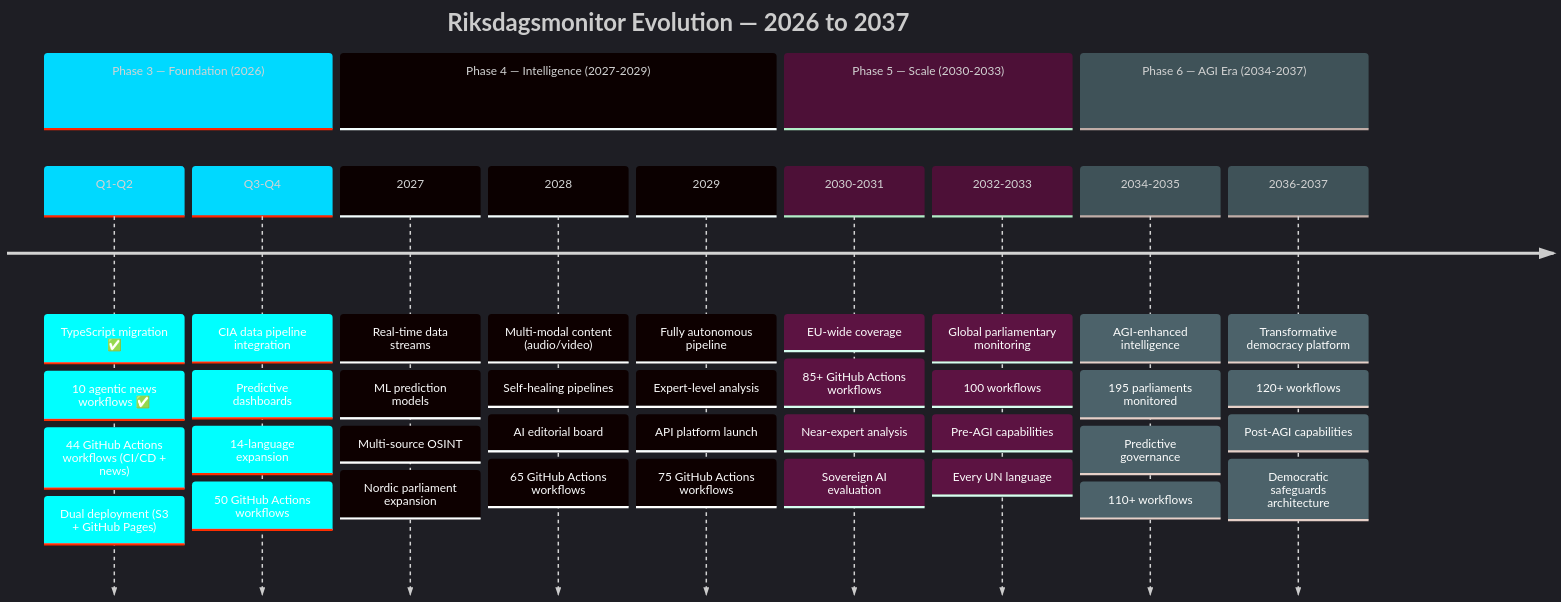
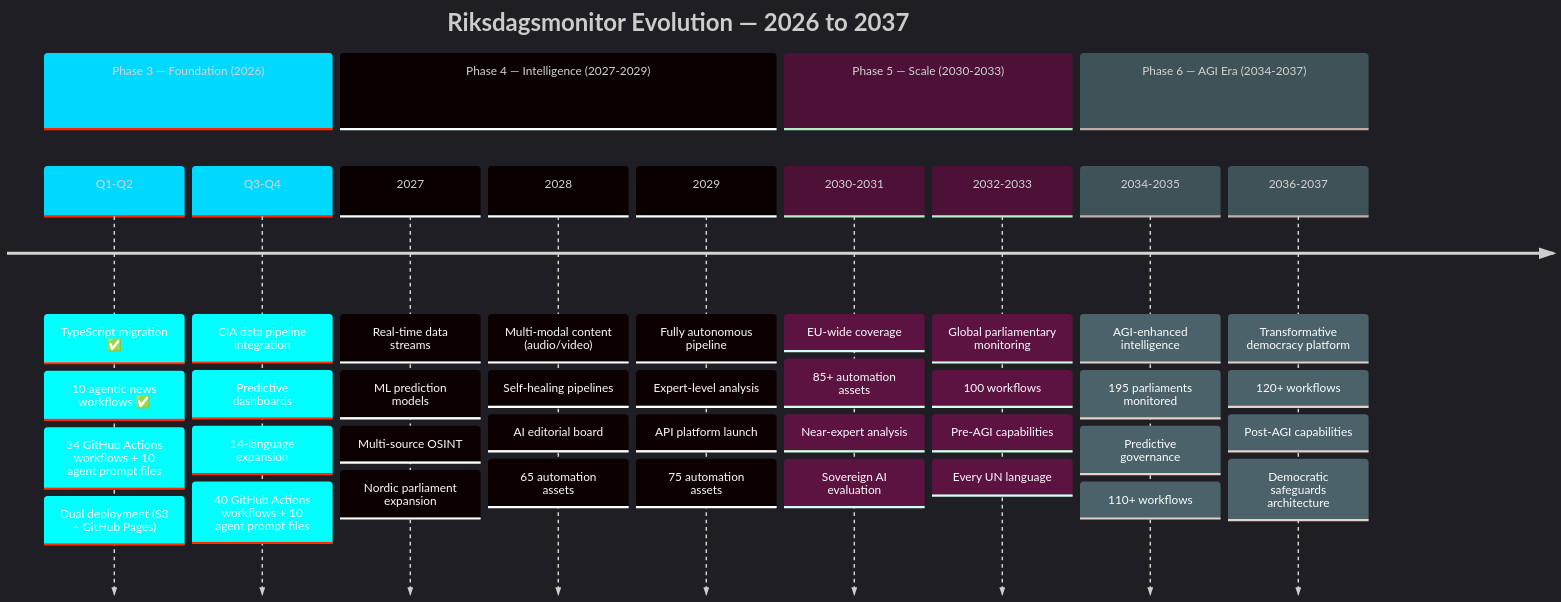
One commit to Hack23/riksdagsmonitor changed the first of 6 diagrams in README.md. Above: the diagram before and after it, drawn with Mermaid. The commit also changed other lines of this file, not shown here.

Commit message:
Fix Realtime Monitor time formatting, clarify workflow counts as automation assets (34 yml + 10 md)

````diff
--- a/README.md
+++ b/README.md
@@ -712,45 +712,45 @@
 ```mermaid
 %%{init: {'theme': 'dark', 'themeVariables': {'primaryColor': '#00d9ff', 'primaryTextColor': '#e0e0e0', 'primaryBorderColor': '#ff006e', 'lineColor': '#ffbe0b', 'secondaryColor': '#1a1e3d', 'tertiaryColor': '#0a0e27', 'background': '#0a0e27'}}}%%
 timeline
     title Riksdagsmonitor Evolution — 2026 to 2037
     section Phase 3 — Foundation (2026)
         Q1-Q2 : TypeScript migration ✅
                : 10 agentic news workflows ✅
-               : 44 GitHub Actions workflows (CI/CD + news)
+               : 34 GitHub Actions workflows + 10 agent prompt files
                : Dual deployment (S3 + GitHub Pages)
         Q3-Q4 : CIA data pipeline integration
                : Predictive dashboards
                : 14-language expansion
-               : 50 GitHub Actions workflows
+               : 40 GitHub Actions workflows + 10 agent prompt files
     section Phase 4 — Intelligence (2027-2029)
         2027 : Real-time data streams
              : ML prediction models
              : Multi-source OSINT
              : Nordic parliament expansion
         2028 : Multi-modal content (audio/video)
              : Self-healing pipelines
              : AI editorial board
-             : 65 GitHub Actions workflows
+             : 65 automation assets
         2029 : Fully autonomous pipeline
              : Expert-level analysis
              : API platform launch
-             : 75 GitHub Actions workflows
+             : 75 automation assets
     section Phase 5 — Scale (2030-2033)
         2030-2031 : EU-wide coverage
-                  : 85+ GitHub Actions workflows
+                  : 85+ automation assets
                   : Near-expert analysis
                   : Sovereign AI evaluation
         2032-2033 : Global parliamentary monitoring
                   : 100 workflows
                   : Pre-AGI capabilities
                   : Every UN language
     section Phase 6 — AGI Era (2034-2037)
         2034-2035 : AGI-enhanced intelligence
                   : 195 parliaments monitored
                   : Predictive governance
                   : 110+ workflows
         2036-2037 : Transformative democracy platform
                   : 120+ workflows
                   : Post-AGI capabilities
                   : Democratic safeguards architecture
 ```
````
